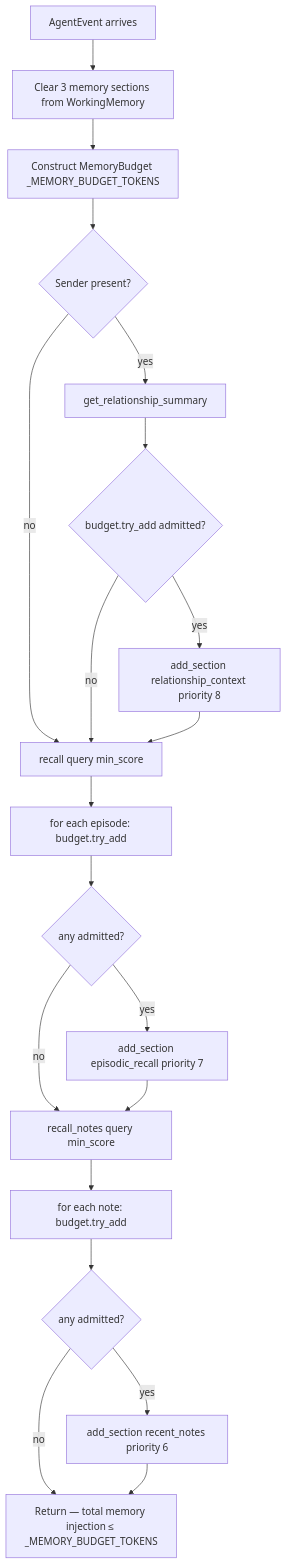
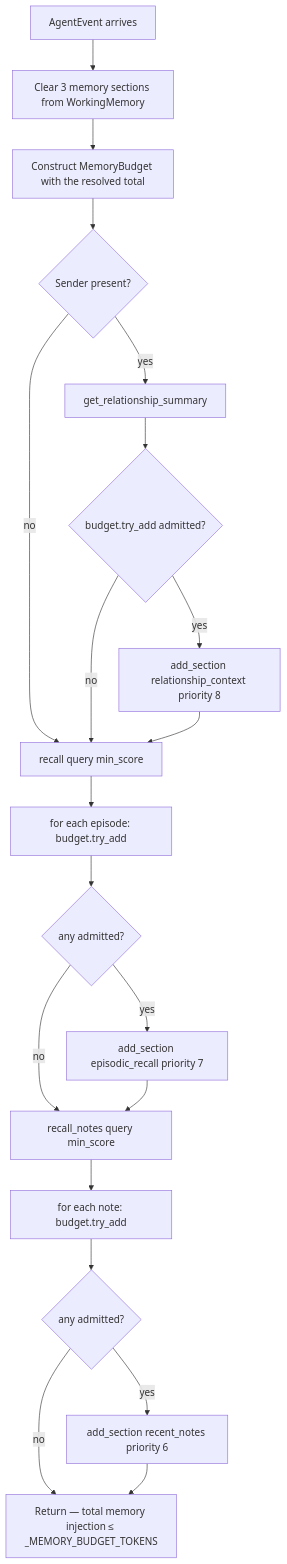
One commit to mkhomutov/Persatrix changed the first of 2 diagrams in docs/rfcs/0017-persona-memory-injection-budget.md. Above: the diagram before and after it, drawn with Mermaid. The commit also changed other lines of this file and 32 other files, not shown here.

First line of the commit message:
feat(agents): v0.3.16 PR K1 — the memory budget is read from optimization.yaml (sequencing Amendment 2026-09-12) (#944)

````diff
--- a/docs/rfcs/0017-persona-memory-injection-budget.md
+++ b/docs/rfcs/0017-persona-memory-injection-budget.md
@@ -152,22 +152,22 @@
 ```mermaid
 flowchart TD
     Event[AgentEvent arrives] --> Clear[Clear 3 memory sections from WorkingMemory]
-    Clear --> Budget[Construct MemoryBudget _MEMORY_BUDGET_TOKENS]
+    Clear --> Budget[Construct MemoryBudget with the resolved total]
     Budget --> Rel{Sender present?}
     Rel -->|yes| RelQ[get_relationship_summary]
     Rel -->|no| Epi
     RelQ --> RelAdmit{budget.try_add admitted?}
     RelAdmit -->|yes| RelSec[add_section relationship_context priority 8]
     RelAdmit -->|no| Epi
     RelSec --> Epi[recall query min_score]
     Epi --> EpiLoop[for each episode: budget.try_add]
     EpiLoop --> EpiSec{any admitted?}
     EpiSec -->|yes| EpiAdd[add_section episodic_recall priority 7]
     EpiSec -->|no| Notes
     EpiAdd --> Notes[recall_notes query min_score]
     Notes --> NotesLoop[for each note: budget.try_add]
     NotesLoop --> NotesSec{any admitted?}
     NotesSec -->|yes| NotesAdd[add_section recent_notes priority 6]
     NotesSec -->|no| Done
     NotesAdd --> Done[Return — total memory injection ≤ _MEMORY_BUDGET_TOKENS]
 ```
````
